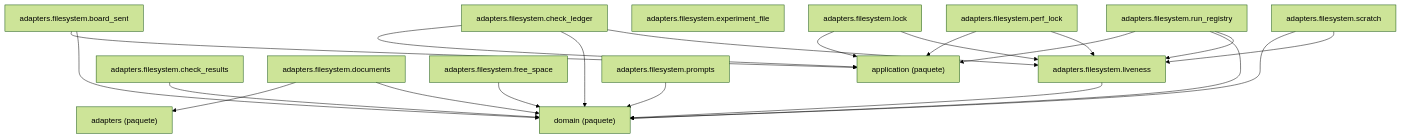
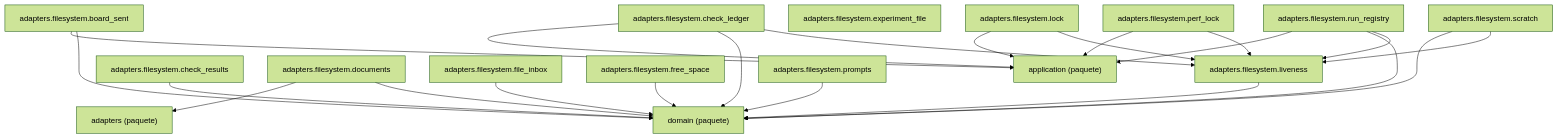
The diagram in docs/architecture/generated/packages-process-adapters-filesystem.md (GonzaloZevallos/agentic-system), drawn with Mermaid (forest theme) before and after one commit. The commit also changed 9 other files, not shown here.

````diff
--- a/docs/architecture/generated/packages-process-adapters-filesystem.md
+++ b/docs/architecture/generated/packages-process-adapters-filesystem.md
@@ -14,38 +14,40 @@
 ```mermaid
 graph TD
     g_pkg__adapters["adapters (paquete)"]
     g_pkg__application["application (paquete)"]
     g_pkg__domain["domain (paquete)"]
     m_adapters__filesystem__board_sent["adapters.filesystem.board_sent"]
     m_adapters__filesystem__check_ledger["adapters.filesystem.check_ledger"]
     m_adapters__filesystem__check_results["adapters.filesystem.check_results"]
     m_adapters__filesystem__documents["adapters.filesystem.documents"]
     m_adapters__filesystem__experiment_file["adapters.filesystem.experiment_file"]
+    m_adapters__filesystem__file_inbox["adapters.filesystem.file_inbox"]
     m_adapters__filesystem__free_space["adapters.filesystem.free_space"]
     m_adapters__filesystem__liveness["adapters.filesystem.liveness"]
     m_adapters__filesystem__lock["adapters.filesystem.lock"]
     m_adapters__filesystem__perf_lock["adapters.filesystem.perf_lock"]
     m_adapters__filesystem__prompts["adapters.filesystem.prompts"]
     m_adapters__filesystem__run_registry["adapters.filesystem.run_registry"]
     m_adapters__filesystem__scratch["adapters.filesystem.scratch"]
     m_adapters__filesystem__board_sent --> g_pkg__application
     m_adapters__filesystem__board_sent --> g_pkg__domain
     m_adapters__filesystem__check_ledger --> g_pkg__application
     m_adapters__filesystem__check_ledger --> g_pkg__domain
     m_adapters__filesystem__check_ledger --> m_adapters__filesystem__liveness
     m_adapters__filesystem__check_results --> g_pkg__domain
     m_adapters__filesystem__documents --> g_pkg__adapters
     m_adapters__filesystem__documents --> g_pkg__domain
+    m_adapters__filesystem__file_inbox --> g_pkg__domain
     m_adapters__filesystem__free_space --> g_pkg__domain
     m_adapters__filesystem__liveness --> g_pkg__domain
     m_adapters__filesystem__lock --> g_pkg__application
     m_adapters__filesystem__lock --> m_adapters__filesystem__liveness
     m_adapters__filesystem__perf_lock --> g_pkg__application
     m_adapters__filesystem__perf_lock --> m_adapters__filesystem__liveness
     m_adapters__filesystem__prompts --> g_pkg__domain
     m_adapters__filesystem__run_registry --> g_pkg__application
     m_adapters__filesystem__run_registry --> g_pkg__domain
     m_adapters__filesystem__run_registry --> m_adapters__filesystem__liveness
     m_adapters__filesystem__scratch --> g_pkg__domain
     m_adapters__filesystem__scratch --> m_adapters__filesystem__liveness
 ```
````
